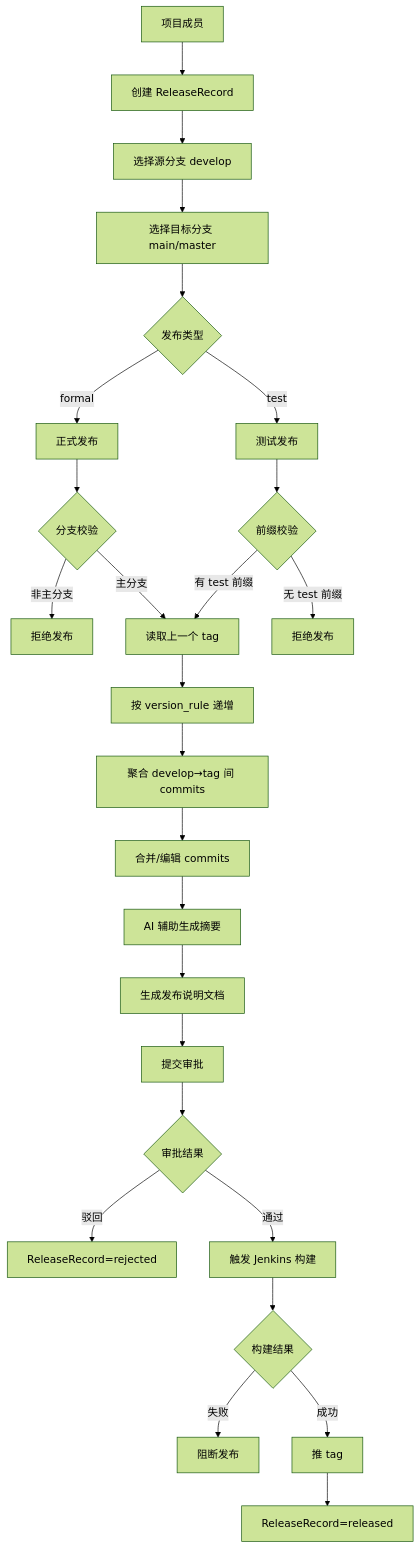
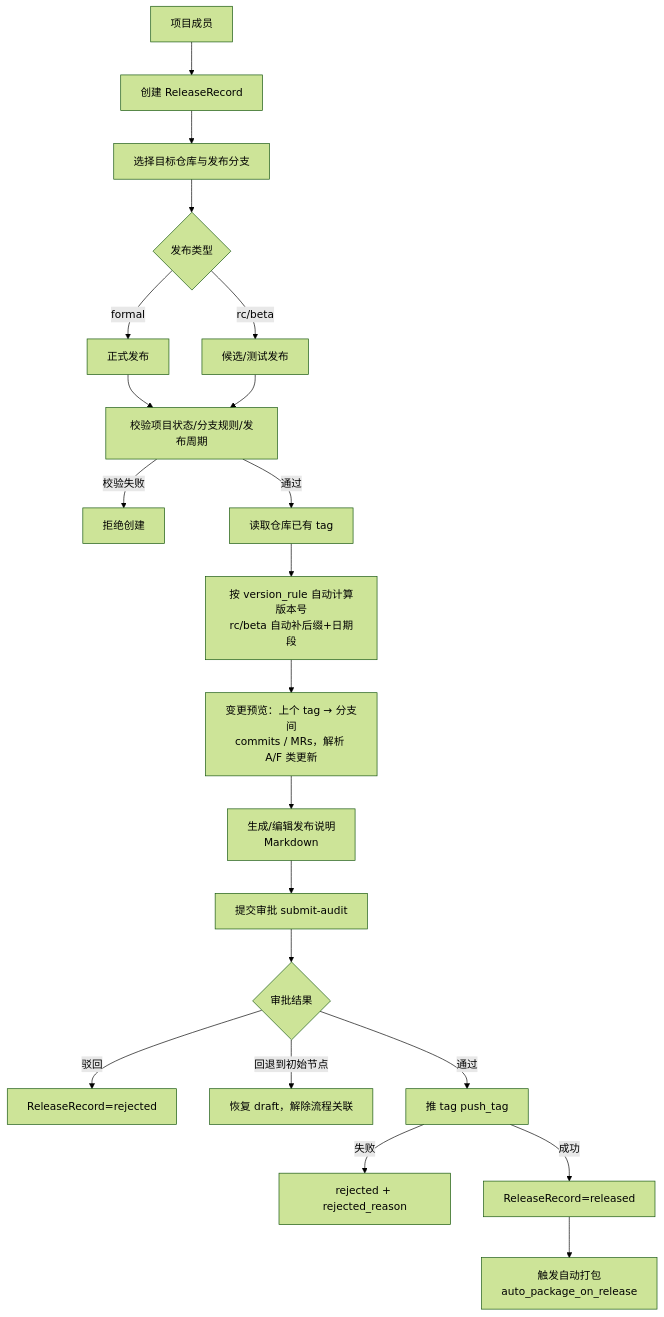
Before and after one commit to qingxiaoyuan/trace-ship: the sixth of 17 diagrams in docs/business-process-analysis.md, drawn with Mermaid (forest theme). The commit also changed other lines of this file and 8 other files, not shown here.

````diff
--- a/docs/business-process-analysis.md
+++ b/docs/business-process-analysis.md
@@ -188,28 +219,23 @@
 ```mermaid
 flowchart TD
     A[项目成员] --> B[创建 ReleaseRecord]
-    B --> C[选择源分支 develop]
-    C --> D[选择目标分支 main/master]
-    D --> E{发布类型}
-    E -->|formal| F[正式发布]
-    E -->|test| G[测试发布]
-    F --> H{分支校验}
-    G --> I{前缀校验}
-    H -->|非主分支| J[拒绝发布]
-    H -->|主分支| K[读取上一个 tag]
-    I -->|无 test 前缀| L[拒绝发布]
-    I -->|有 test 前缀| K
-    K --> M[按 version_rule 递增]
-    M --> N[聚合 develop→tag 间 commits]
-    N --> O[合并/编辑 commits]
-    O --> P[AI 辅助生成摘要]
-    P --> Q[生成发布说明文档]
-    Q --> R[提交审批]
-    R --> S{审批结果}
-    S -->|驳回| T[ReleaseRecord=rejected]
-    S -->|通过| U[触发 Jenkins 构建]
-    U --> V{构建结果}
-    V -->|失败| W[阻断发布]
-    V -->|成功| X[推 tag]
-    X --> Y[ReleaseRecord=released]
+    B --> C[选择目标仓库与发布分支]
+    C --> D{发布类型}
+    D -->|formal| E[正式发布]
+    D -->|rc/beta| F[候选/测试发布]
+    E --> G[校验项目状态/分支规则/发布周期]
+    F --> G
+    G -->|校验失败| H[拒绝创建]
+    G -->|通过| I[读取仓库已有 tag]
+    I --> J[按 version_rule 自动计算版本号<br/>rc/beta 自动补后缀+日期段]
+    J --> K[变更预览：上个 tag → 分支间<br/>commits / MRs，解析 A/F 类更新]
+    K --> L[生成/编辑发布说明<br/>Markdown]
+    L --> M[提交审批 submit-audit]
+    M --> N{审批结果}
+    N -->|驳回| O[ReleaseRecord=rejected]
+    N -->|回退到初始节点| P[恢复 draft，解除流程关联]
+    N -->|通过| Q[推 tag push_tag]
+    Q -->|失败| R[rejected + rejected_reason]
+    Q -->|成功| S[ReleaseRecord=released]
+    S --> T[触发自动打包<br/>auto_package_on_release]
 ```
````
